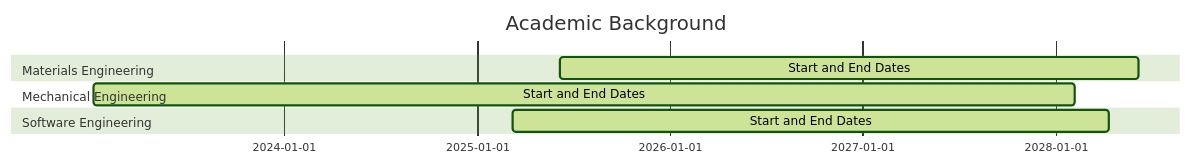
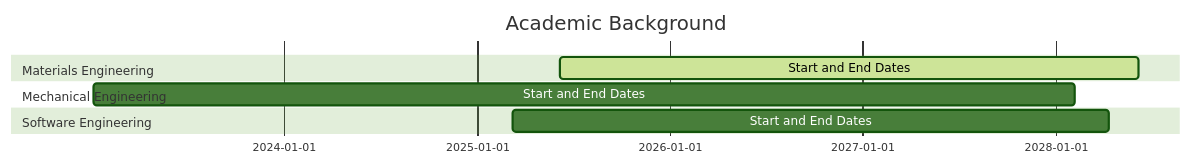
The first of 3 diagrams in README.md (delblerferreira/delblerferreira), drawn with Mermaid (forest theme) before and after one commit.

````diff
--- a/README.md
+++ b/README.md
@@ -44,13 +44,13 @@
 ```mermaid
 gantt
     title Academic Background
     dateFormat  YYYY-MM-DD
     section Materials Engineering
     Start and End Dates       :active, materials, 2025-06-06, 2028-06-06
 
     section Mechanical Engineering
-    Start and End Dates       :active, mechanical, 2023-01-06, 2028-02-06
+    Start and End Dates       :mechanical, 2023-01-06, 2028-02-06
 
     section Software Engineering
-    Start and End Dates       :active, software, 2025-03-10, 2028-04-10
+    Start and End Dates       :software, 2025-03-10, 2028-04-10
 ```
````
